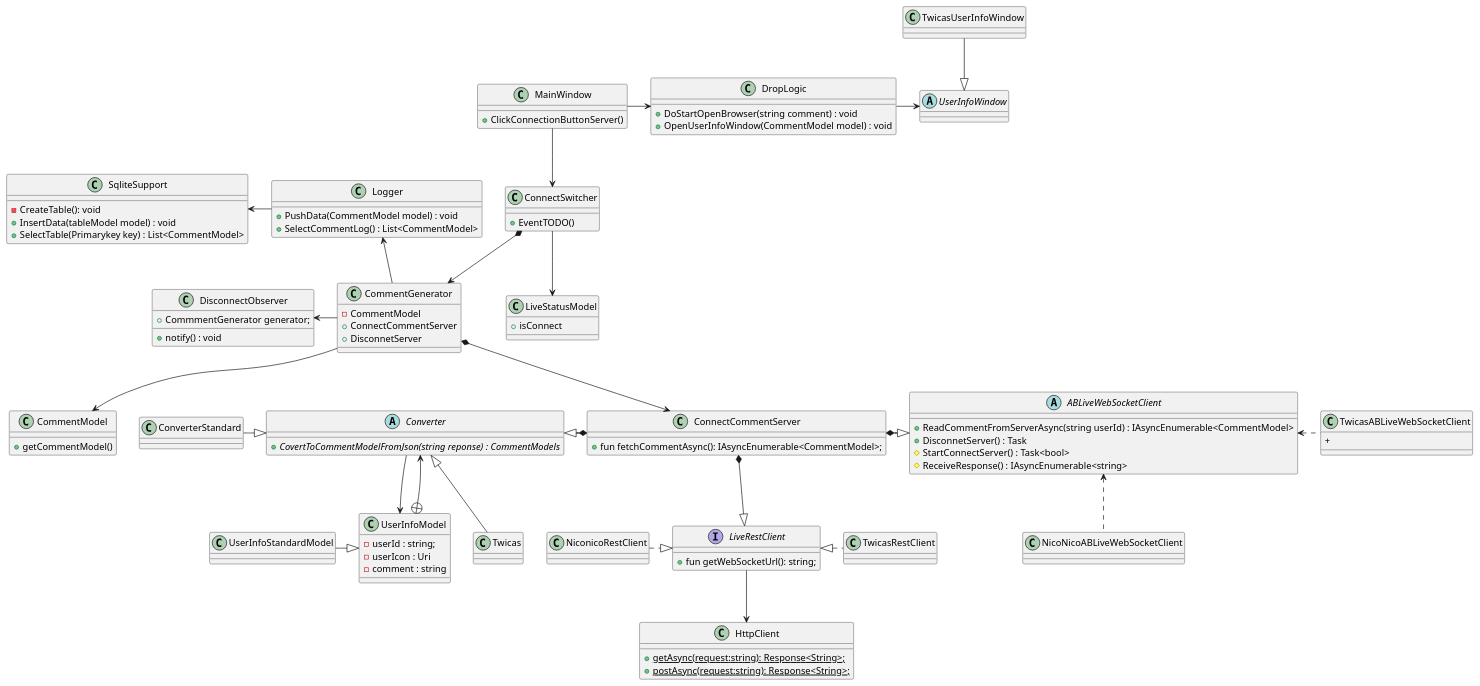
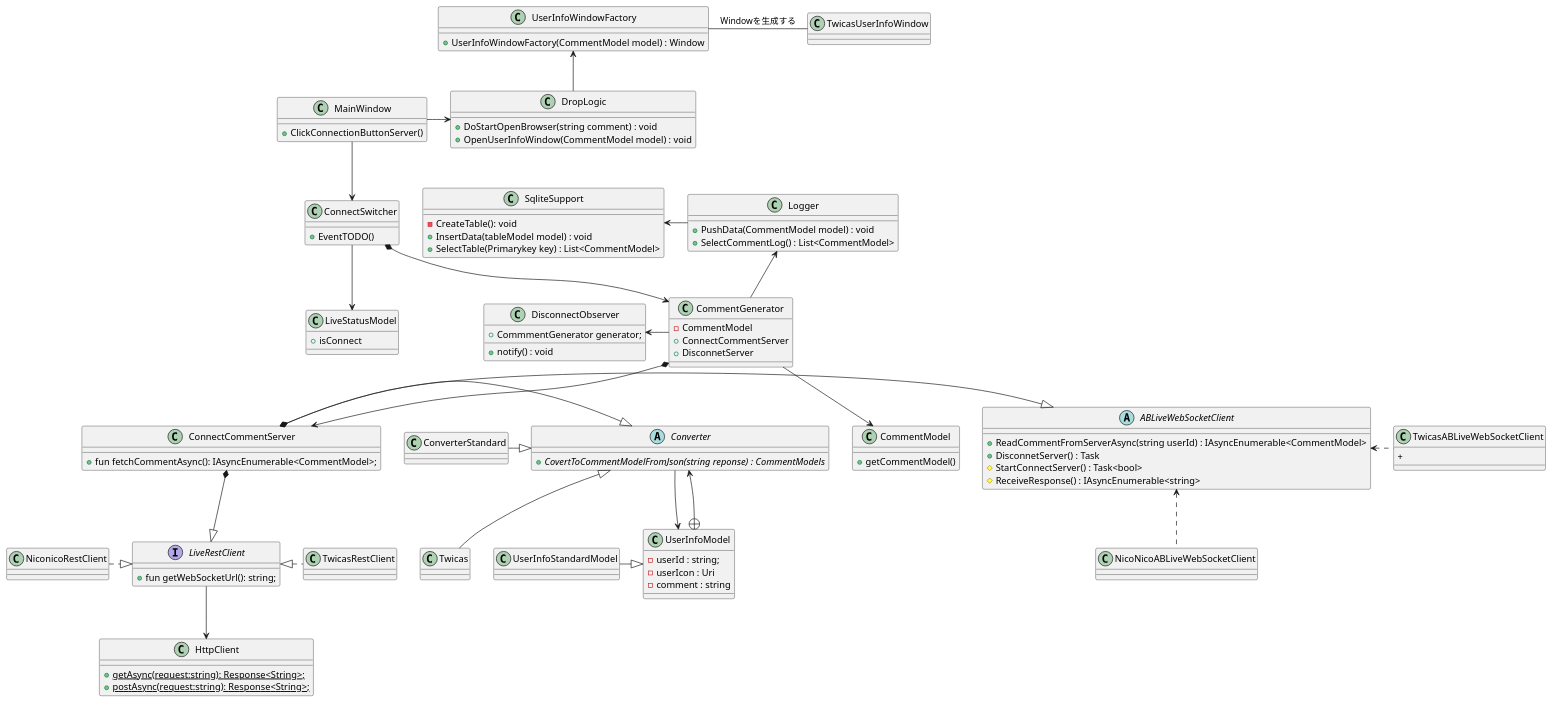
Before and after one commit to elm-niconico/AppDesign: the diagram in ultra-comment-viewer/class-design/model/fetch-comment.pu, drawn with PlantUML. The commit also changed 4 other files, not shown here.

```diff
--- a/ultra-comment-viewer/class-design/model/fetch-comment.pu
+++ b/ultra-comment-viewer/class-design/model/fetch-comment.pu
@@ -1,133 +1,135 @@
 @startuml コメント取得クラス図
 
 
     class MainWindow{
       +  ClickConnectionButtonServer()
     }
     class LiveStatusModel{
         + isConnect
     }
     class CommentModel{
         + getCommentModel()
     }
     class CommentGenerator{
         - CommentModel
         + ConnectCommentServer  
         + DisconnetServer
     }
     class ConnectSwitcher{
         + EventTODO()
     }
 
-    abstract class UserInfoWindow{
 
+
+    class UserInfoWindowFactory{
+        + UserInfoWindowFactory(CommentModel model) : Window
     }
 
 
 
 
     CommentGenerator --> CommentModel
     MainWindow --> ConnectSwitcher
-    CommentGenerator *--> ConnectCommentServer
+    CommentGenerator *-down-> ConnectCommentServer
     ConnectSwitcher *--> CommentGenerator
     ConnectSwitcher --> LiveStatusModel
     abstract class ABLiveWebSocketClient{
         + ReadCommentFromServerAsync(string userId) : IAsyncEnumerable<CommentModel>
         + DisconnetServer() : Task
         # StartConnectServer() : Task<bool>
         # ReceiveResponse() : IAsyncEnumerable<string>      
     }
 
     class NicoNicoABLiveWebSocketClient{
 
     }
     class TwicasABLiveWebSocketClient{
         + 
     }
 
     class SqliteSupport{
         - CreateTable(): void
         + InsertData(tableModel model) : void
         + SelectTable(Primarykey key) : List<CommentModel>
     }
 
     class Logger{
         + PushData(CommentModel model) : void
         + SelectCommentLog() : List<CommentModel>
     }
 
 
     'Observer
     class DisconnectObserver{
         + CommmentGenerator generator;
         + notify() : void
     }
     CommentGenerator -left-> DisconnectObserver
 
     class ConnectCommentServer {
         + fun fetchCommentAsync(): IAsyncEnumerable<CommentModel>;
-        
     }
     
     class DropLogic{
         + DoStartOpenBrowser(string comment) : void
         + OpenUserInfoWindow(CommentModel model) : void
-
     }
 
     interface LiveRestClient{
         + fun getWebSocketUrl(): string;
     }
     class NiconicoRestClient{
 
     }
     class HttpClient{
         + {static} getAsync(request:string): Response<String>;
         + {static} postAsync(request:string): Response<String>;
     }
 
     abstract class Converter{
         + {abstract} CovertToCommentModelFromJson(string reponse) : CommentModels
     }
     Converter <|-- Twicas
 
     class UserInfoModel{
         - userId : string;
         - userIcon : Uri
         - comment : string
     }
     
     'コネクトコメントサーバ'
     ConnectCommentServer *--|> LiveRestClient
     ConnectCommentServer *-right-|> ABLiveWebSocketClient
     ConnectCommentServer *-left-|> Converter
 
 
     'ユーザー情報
     UserInfoModel +--> Converter
     'コンバータ
     Converter --> UserInfoModel
     'クライアント
     NicoNicoABLiveWebSocketClient .up.> ABLiveWebSocketClient
     TwicasABLiveWebSocketClient .left.> ABLiveWebSocketClient
     'ユーザー情報モデル
     UserInfoStandardModel -right-|> UserInfoModel
     'レストクライアント
     NiconicoRestClient .right.|> LiveRestClient
     TwicasRestClient   .left.|>  LiveRestClient
     LiveRestClient -down-> HttpClient
     
     ConverterStandard -right-|> Converter
     
     CommentGenerator -up-> Logger
     Logger -left-> SqliteSupport
 
     MainWindow -right-> DropLogic
-    DropLogic -right-> UserInfoWindow
 
-    'ユーザー詳細情報ウィンドウ
-    TwicasUserInfoWindow --|> UserInfoWindow
+    DropLogic -up-> UserInfoWindowFactory
+
+    UserInfoWindowFactory - TwicasUserInfoWindow : Windowを生成する
+
+   
 
 
 
 @enduml
```
